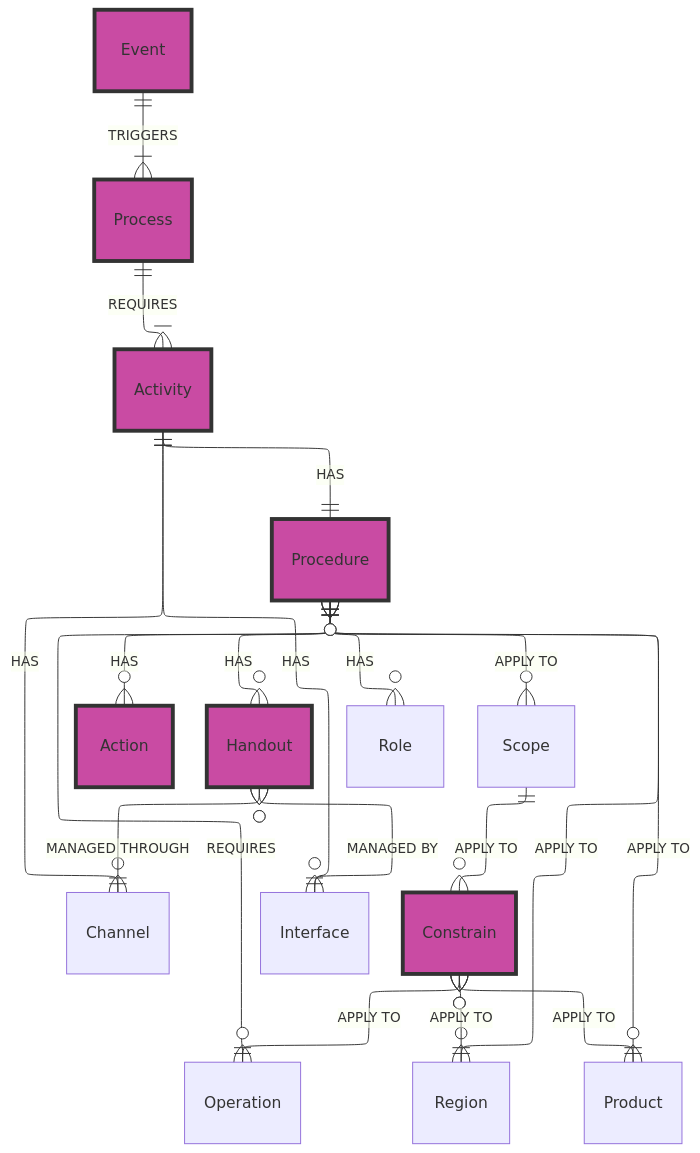
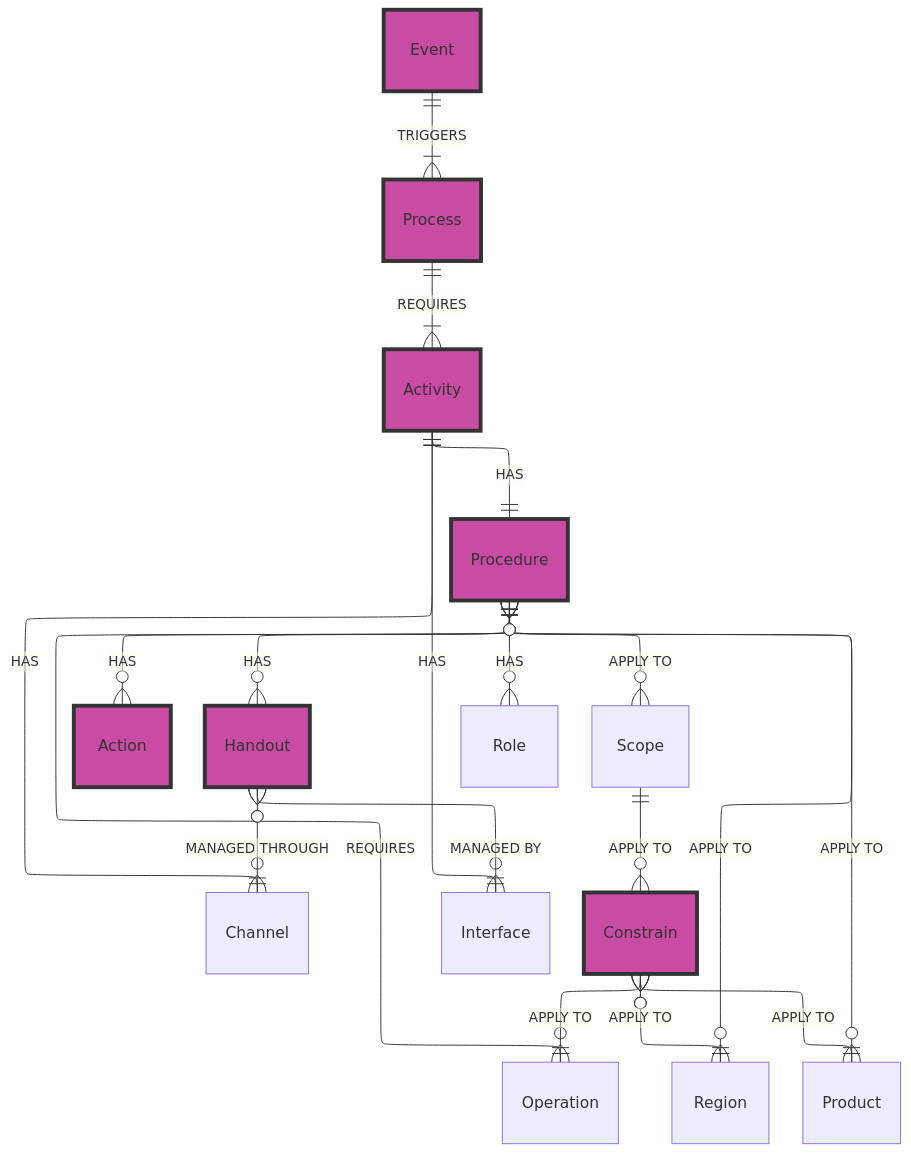
One commit to Neun-Design/Nance changed the diagram in site-stakeholder/docs/prototype/data-model.md. Above: the diagram before and after it, drawn with Mermaid. The commit also changed 3 other files, not shown here.

````diff
--- a/site-stakeholder/docs/prototype/data-model.md
+++ b/site-stakeholder/docs/prototype/data-model.md
@@ -19,35 +19,35 @@
 ```mermaid
 ---
 config:
     layout: elk
     elk:
       mergeEdges: true
-      nodePlacementStrategy: LINEAR_SEGMENTS
+      nodePlacementStrategy: LINEAR_SEGMENTASK
 ---
 erDiagram
     Event ||--|{ Process : "TRIGGERS"
     Process ||--|{ Activity : "REQUIRES"
     Activity ||--|| Procedure : "HAS"
     Activity ||--o{ Channel : "HAS"
     Activity ||--o{ Interface : "HAS"
     Procedure ||--o{ Action : "HAS"
     Procedure ||--o{ Handout : "HAS"
     Procedure ||--o{ Role : "HAS"
     Procedure ||--o{ Operation : "REQUIRES"
     Procedure }o--o{ Scope : "APPLY TO"
     Procedure }o--o{ Region : "APPLY TO"
     Procedure }o--o{ Product : "APPLY TO"
     Scope ||--o{ Constrain : "APPLY TO"
     Handout }o--|| Interface : "MANAGED BY"
     Handout }o--|| Channel : "MANAGED THROUGH"
     Constrain }o--|| Region : "APPLY TO"
     Constrain }o--|| Product : "APPLY TO"
     Constrain }o--|| Operation : "APPLY TO"
     style Event fill:#c94ba3,stroke:#333,stroke-width:4px
     style Process fill:#c94ba3,stroke:#333,stroke-width:4px
     style Activity fill:#c94ba3,stroke:#333,stroke-width:4px
     style Procedure fill:#c94ba3,stroke:#333,stroke-width:4px
     style Handout fill:#c94ba3,stroke:#333,stroke-width:4px
     style Action fill:#c94ba3,stroke:#333,stroke-width:4px
     style Constrain fill:#c94ba3,stroke:#333,stroke-width:4px
 ```
````
